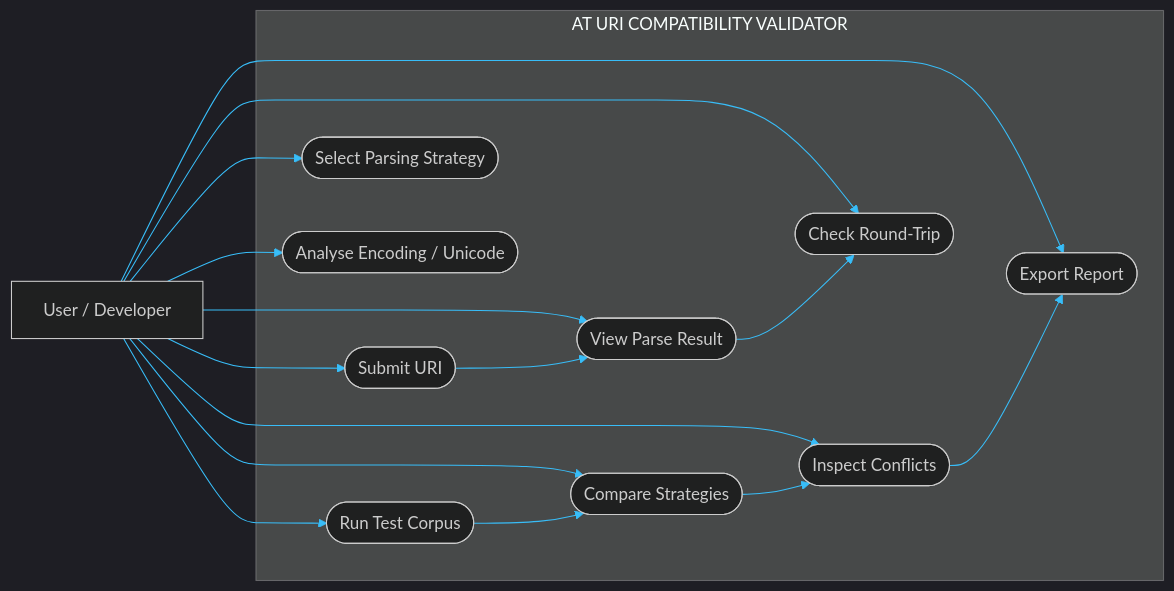
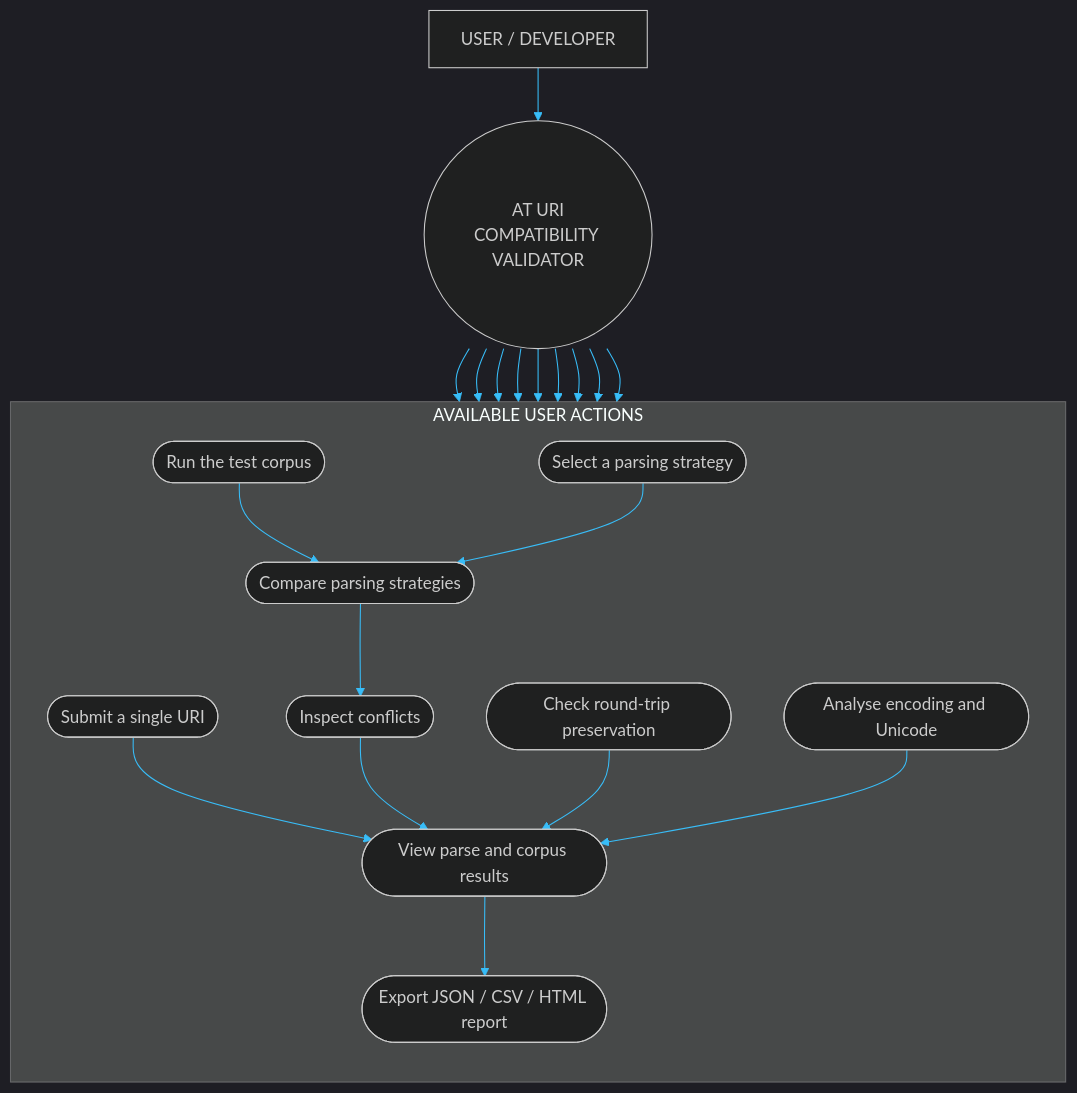
The ninth of 15 diagrams in README.md (aiori-hackathon/A3-PS026-TC073), drawn with Mermaid before and after one commit. The commit also changed other lines of this file, not shown here.

````diff
--- a/README.md
+++ b/README.md
@@ -1146,33 +1139,40 @@
 ```mermaid
 %%{init: {'theme':'dark','themeVariables': {'darkMode': true,'background':'#07111F','primaryColor':'#102A43','primaryTextColor':'#E6F6FF','primaryBorderColor':'#22D3EE','lineColor':'#38BDF8','secondaryColor':'#0B2238','tertiaryColor':'#123B63','fontFamily':'ui-monospace, SFMono-Regular, Consolas, monospace'}}}%%
-flowchart LR
-    USER["User / Developer"]
+flowchart TB
+    USER["USER / DEVELOPER"]
+    SYSTEM(("AT URI<br/>COMPATIBILITY VALIDATOR"))
 
-    subgraph SYSTEM["AT URI COMPATIBILITY VALIDATOR"]
-        UC1(["Submit URI"])
-        UC2(["Run Test Corpus"])
-        UC3(["Select Parsing Strategy"])
-        UC4(["View Parse Result"])
-        UC5(["Compare Strategies"])
-        UC6(["Inspect Conflicts"])
-        UC7(["Check Round-Trip"])
-        UC8(["Analyse Encoding / Unicode"])
-        UC9(["Export Report"])
+    subgraph ACTIONS["AVAILABLE USER ACTIONS"]
+      direction TB
+      UC1(["Submit a single URI"])
+      UC2(["Run the test corpus"])
+      UC3(["Select a parsing strategy"])
+      UC4(["Compare parsing strategies"])
+      UC5(["Inspect conflicts"])
+      UC6(["Check round-trip preservation"])
+      UC7(["Analyse encoding and Unicode"])
+      UC8(["View parse and corpus results"])
+      UC9(["Export JSON / CSV / HTML report"])
     end
 
-    USER --> UC1
-    USER --> UC2
-    USER --> UC3
-    USER --> UC4
-    USER --> UC5
-    USER --> UC6
-    USER --> UC7
-    USER --> UC8
-    USER --> UC9
+    USER --> SYSTEM
+    SYSTEM --> UC1
+    SYSTEM --> UC2
+    SYSTEM --> UC3
+    SYSTEM --> UC4
+    SYSTEM --> UC5
+    SYSTEM --> UC6
+    SYSTEM --> UC7
+    SYSTEM --> UC8
+    SYSTEM --> UC9
 
-    UC1 --> UC4
-    UC2 --> UC5
-    UC5 --> UC6
-    UC4 --> UC7
-    UC6 --> UC9
+    UC1 --> UC8
+    UC2 --> UC4
+    UC3 --> UC4
+    UC4 --> UC5
+    UC5 --> UC8
+    UC6 --> UC8
+    UC7 --> UC8
+    UC8 --> UC9
+
 ```
````
